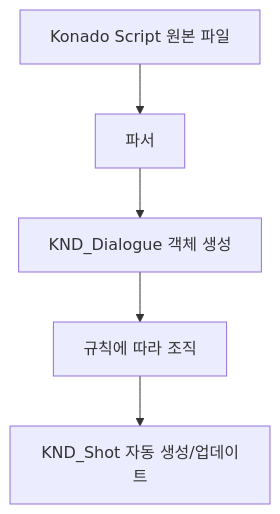
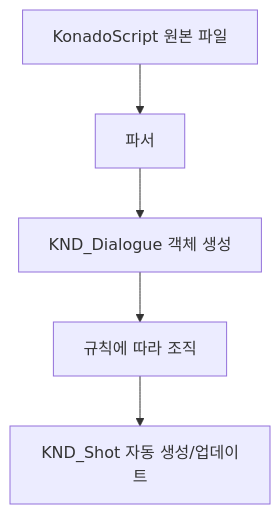
Before and after one commit to DSOE1024/konado: the diagram in docs/ko/2.6/tutorial/core/shot-and-dialogue.md, drawn with Mermaid. The commit also changed other lines of this file and 49 other files, not shown here.

````diff
--- a/docs/ko/2.6/tutorial/core/shot-and-dialogue.md
+++ b/docs/ko/2.6/tutorial/core/shot-and-dialogue.md
@@ -32,8 +32,8 @@
 ```mermaid
 graph TD
-    A["Konado Script 원본 파일"] --> B["파서"]
+    A["KonadoScript 원본 파일"] --> B["파서"]
     B --> C["KND_Dialogue 객체 생성"]
     C --> D["규칙에 따라 조직"]
     D --> E["KND_Shot 자동 생성/업데이트"]
 
 ```
````
